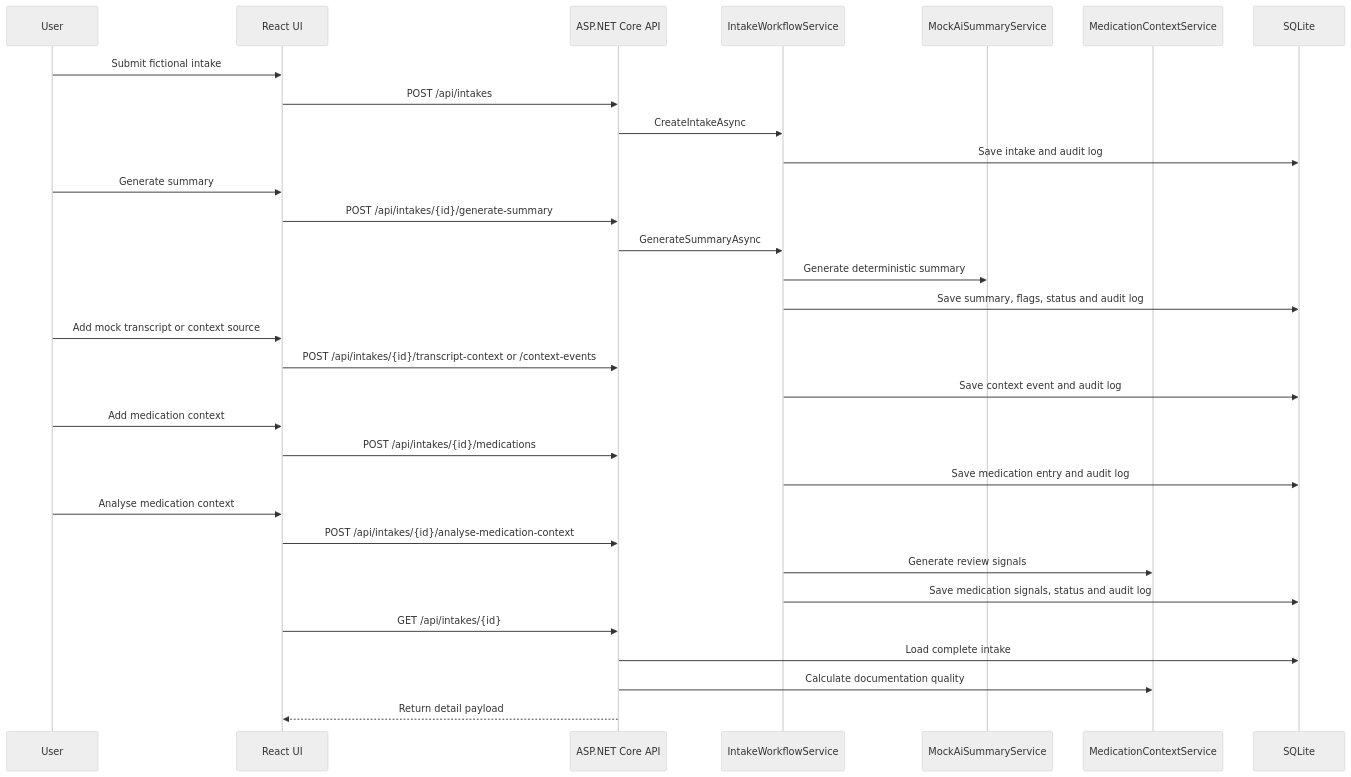
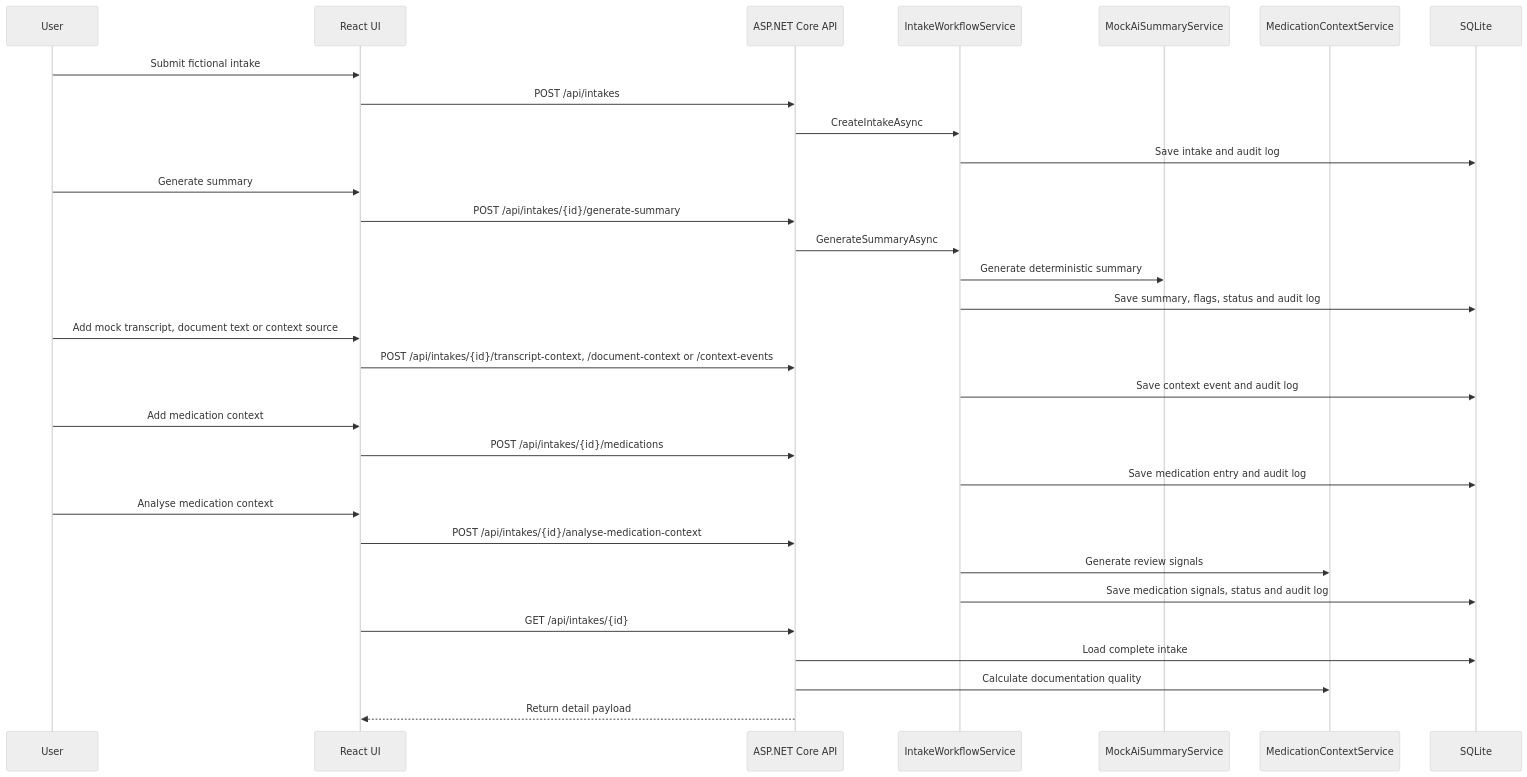
One commit to Pharmacist65/clinical-intake-ai-workflow changed the diagram in docs/architecture.md. Above: the diagram before and after it, drawn with Mermaid (neutral theme). The commit also changed other lines of this file and 15 other files, not shown here.

Commit message:
Add mock document context ingestion

````diff
--- a/docs/architecture.md
+++ b/docs/architecture.md
@@ -122,34 +122,34 @@
 ```mermaid
 sequenceDiagram
     participant User
     participant UI as React UI
     participant API as ASP.NET Core API
     participant Workflow as IntakeWorkflowService
     participant AI as MockAiSummaryService
     participant Pharmacy as MedicationContextService
     participant DB as SQLite
 
     User->>UI: Submit fictional intake
     UI->>API: POST /api/intakes
     API->>Workflow: CreateIntakeAsync
     Workflow->>DB: Save intake and audit log
     User->>UI: Generate summary
     UI->>API: POST /api/intakes/{id}/generate-summary
     API->>Workflow: GenerateSummaryAsync
     Workflow->>AI: Generate deterministic summary
     Workflow->>DB: Save summary, flags, status and audit log
-    User->>UI: Add mock transcript or context source
-    UI->>API: POST /api/intakes/{id}/transcript-context or /context-events
+    User->>UI: Add mock transcript, document text or context source
+    UI->>API: POST /api/intakes/{id}/transcript-context, /document-context or /context-events
     Workflow->>DB: Save context event and audit log
     User->>UI: Add medication context
     UI->>API: POST /api/intakes/{id}/medications
     Workflow->>DB: Save medication entry and audit log
     User->>UI: Analyse medication context
     UI->>API: POST /api/intakes/{id}/analyse-medication-context
     Workflow->>Pharmacy: Generate review signals
     Workflow->>DB: Save medication signals, status and audit log
     UI->>API: GET /api/intakes/{id}
     API->>DB: Load complete intake
     API->>Pharmacy: Calculate documentation quality
     API-->>UI: Return detail payload
 ```
````
